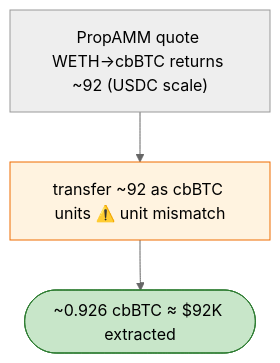
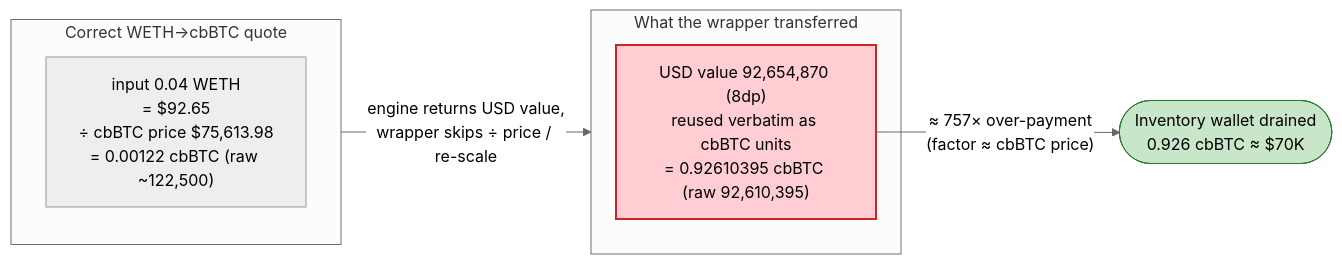
Before and after one commit to sanbir/evm-hack-registry: the fourth of 4 diagrams in 2026-04-KipseliPropAMM_exp/KipseliPropAMM_exp.md, drawn with Mermaid (neutral theme). The commit also changed other lines of this file and 32 other files, not shown here.

````diff
--- a/2026-04-KipseliPropAMM_exp/KipseliPropAMM_exp.md
+++ b/2026-04-KipseliPropAMM_exp/KipseliPropAMM_exp.md
@@ -40,8 +344,14 @@
 ```mermaid
-flowchart TD
-    Q["PropAMM quote WETH→cbBTC returns ~92 (USDC scale)"] --> T["transfer ~92 as cbBTC units ⚠️ unit mismatch"]
-    T --> OUT(["~0.926 cbBTC ≈ $92K extracted"])
+flowchart LR
+    subgraph Intended["Correct WETH→cbBTC quote"]
+        I["input 0.04 WETH<br/>= $92.65<br/>÷ cbBTC price $75,613.98<br/>= 0.00122 cbBTC (raw ~122,500)"]
+    end
+    subgraph Actual["What the wrapper transferred"]
+        Ac["USD value 92,654,870 (8dp)<br/>reused verbatim as cbBTC units<br/>= 0.92610395 cbBTC (raw 92,610,395)"]
+    end
+    Intended -->|"engine returns USD value,<br/>wrapper skips ÷ price / re-scale"| Actual
+    Ac -->|"≈ 757× over-payment<br/>(factor ≈ cbBTC price)"| Drain(["Inventory wallet drained<br/>0.926 cbBTC ≈ $70K"])
 
-    style T fill:#fff3e0,stroke:#ef6c00
-    style OUT fill:#c8e6c9,stroke:#2e7d32
+    style Ac fill:#ffcdd2,stroke:#c62828,stroke-width:2px
+    style Drain fill:#c8e6c9,stroke:#2e7d32
 ```
````
